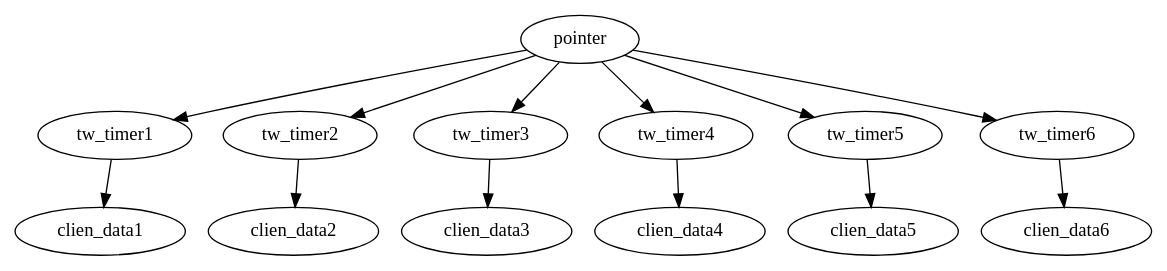
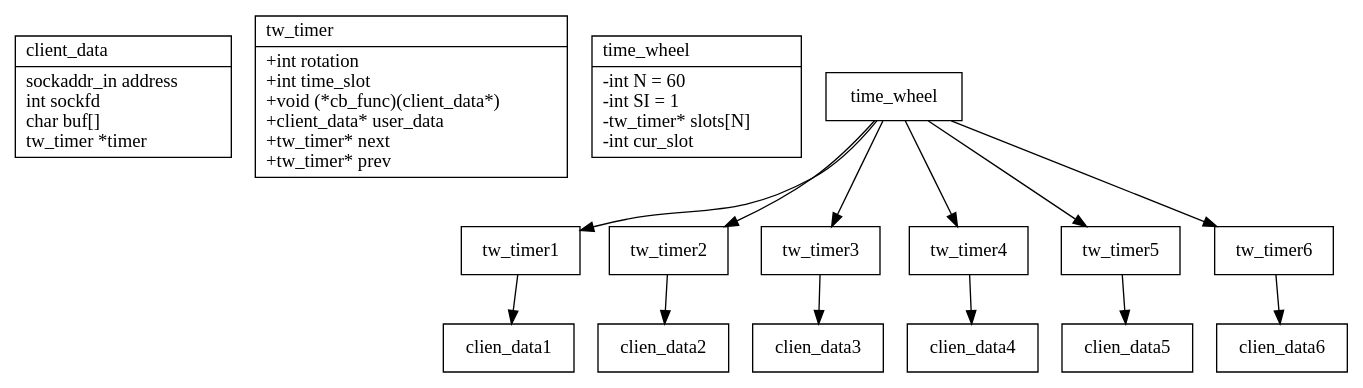
One commit to g1050/Daily_2020 changed the diagram in UNP/wheel/wheel2.dot. Above: the diagram before and after it, drawn with Graphviz. The commit also changed 21 other files, not shown here.

```diff
--- a/UNP/wheel/wheel2.dot
+++ b/UNP/wheel/wheel2.dot
@@ -1,9 +1,39 @@
 digraph{
-    rankdir = circle;
-    "pointer" -> "tw_timer1" -> "clien_data1";
-    "pointer" -> "tw_timer2" -> "clien_data2";
-    "pointer" -> "tw_timer3" -> "clien_data3";
-    "pointer" -> "tw_timer4" -> "clien_data4";
-    "pointer" -> "tw_timer5" -> "clien_data5";
-    "pointer" -> "tw_timer6" -> "clien_data6";
+    rankdir = UD;
+    node [shape = record]
+    "client_data"[label ="{
+        client_data\l
+        |
+        sockaddr_in address\l
+        int sockfd\l
+        char buf[]\l
+        tw_timer *timer\l
+    }" ]
+
+    "tw_timer"[label = "{
+        tw_timer\l
+        |
+        +int rotation\l
+        +int time_slot\l
+        +void (*cb_func)(client_data*)\l
+        +client_data* user_data\l
+        +tw_timer* next\l
+        +tw_timer* prev\l
+    }"]
+
+    "time_wheel"[label ="{
+        time_wheel\l
+        |
+        -int N = 60\l
+        -int SI = 1\l
+        -tw_timer* slots[N]\l
+        -int cur_slot\l
+    }"]
+
+    "time_wheel " -> "tw_timer1" -> "clien_data1";
+    "time_wheel " -> "tw_timer2" -> "clien_data2";
+    "time_wheel " -> "tw_timer3" -> "clien_data3";
+    "time_wheel " -> "tw_timer4" -> "clien_data4";
+    "time_wheel " -> "tw_timer5" -> "clien_data5";
+    "time_wheel " -> "tw_timer6" -> "clien_data6";
 }
```
